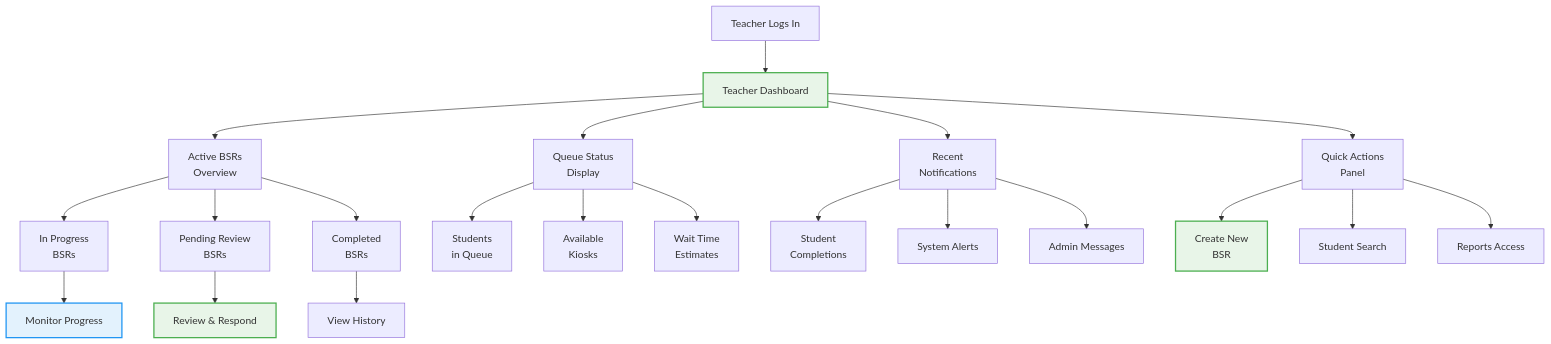
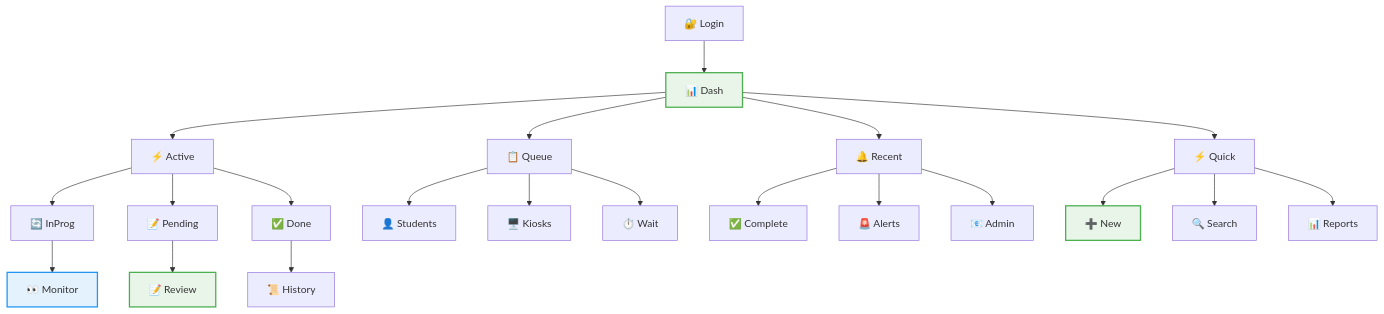
The third of 5 diagrams in docs/flowcharts/User-Journeys/12-teacher-workflow-journey.md (Splurfa/bx-os), drawn with Mermaid before and after one commit. The commit also changed other lines of this file and 4 other files, not shown here.

Commit message:
Fix all flowchart text cutoff

````diff
--- a/docs/flowcharts/User-Journeys/12-teacher-workflow-journey.md
+++ b/docs/flowcharts/User-Journeys/12-teacher-workflow-journey.md
@@ -87,33 +143,33 @@
 ```mermaid
 flowchart TD
-    A[Teacher Logs In] --> B[Teacher Dashboard]
-    B --> C[Active BSRs<br/>Overview]
-    B --> D[Queue Status<br/>Display]
-    B --> E[Recent<br/>Notifications]
-    B --> F[Quick Actions<br/>Panel]
+    A[🔐 Login] --> B[📊 Dash]
+    B --> C[⚡ Active]
+    B --> D[📋 Queue]
+    B --> E[🔔 Recent]
+    B --> F[⚡ Quick]
     
-    C --> G[In Progress<br/>BSRs]
-    C --> H[Pending Review<br/>BSRs]
-    C --> I[Completed<br/>BSRs]
+    C --> G[🔄 InProg]
+    C --> H[📝 Pending]
+    C --> I[✅ Done]
     
-    D --> J[Students<br/>in Queue]
-    D --> K[Available<br/>Kiosks]
-    D --> L[Wait Time<br/>Estimates]
+    D --> J[👤 Students]
+    D --> K[🖥️ Kiosks]
+    D --> L[⏱️ Wait]
     
-    E --> M[Student<br/>Completions]
-    E --> N[System Alerts]
-    E --> O[Admin Messages]
+    E --> M[✅ Complete]
+    E --> N[🚨 Alerts]
+    E --> O[📧 Admin]
     
-    F --> P[Create New<br/>BSR]
-    F --> Q[Student Search]
-    F --> R[Reports Access]
+    F --> P[➕ New]
+    F --> Q[🔍 Search]
+    F --> R[📊 Reports]
     
-    G --> S[Monitor Progress]
-    H --> T[Review & Respond]
-    I --> U[View History]
+    G --> S[👀 Monitor]
+    H --> T[📝 Review]
+    I --> U[📜 History]
     
     style B fill:#e8f5e8,stroke:#4caf50,stroke-width:2px
     style P fill:#e8f5e8,stroke:#4caf50,stroke-width:2px
     style T fill:#e8f5e8,stroke:#4caf50,stroke-width:2px
     style S fill:#e3f2fd,stroke:#2196f3,stroke-width:2px
 ```
````
